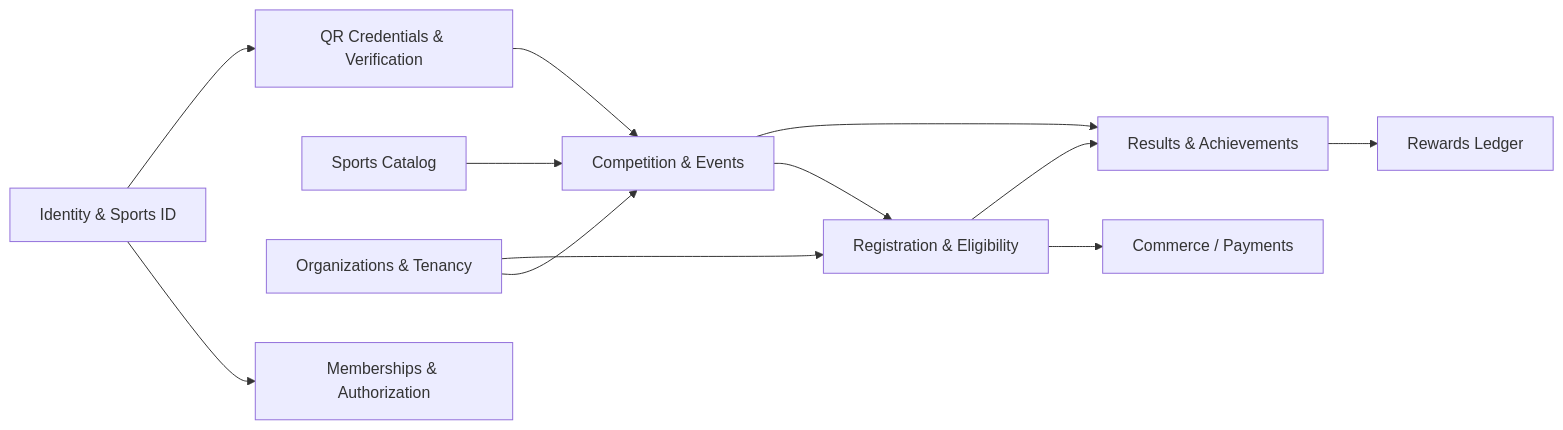
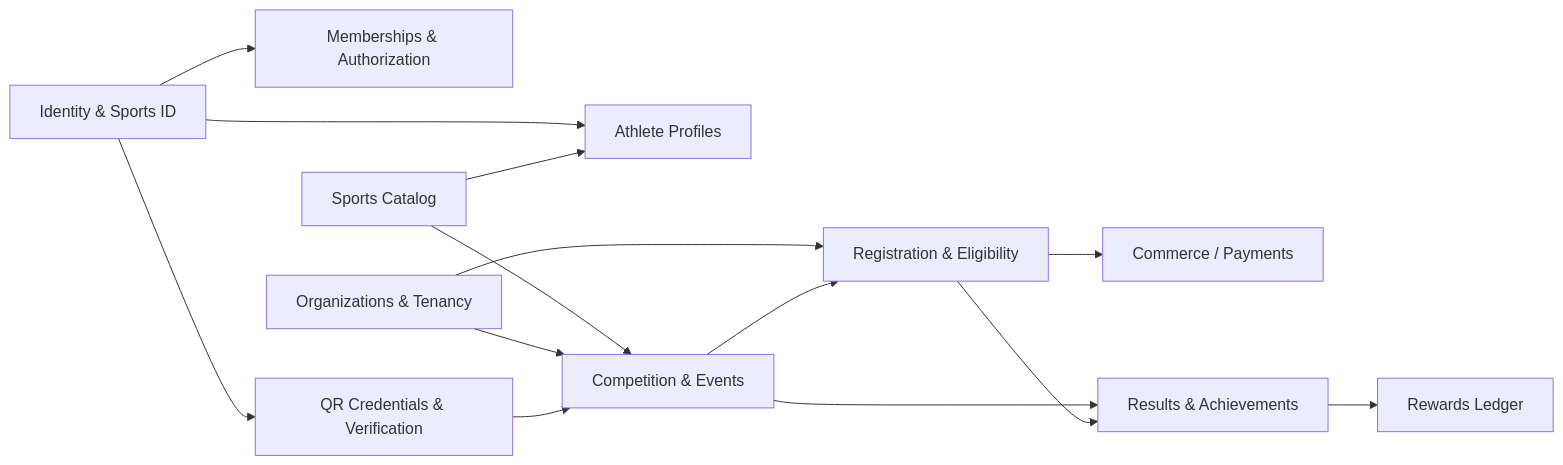
The diagram in docs/architecture/bounded-contexts.md (njaglobal/SportsOS), drawn with Mermaid before and after one commit. The commit also changed other lines of this file and 41 other files, not shown here.

````diff
--- a/docs/architecture/bounded-contexts.md
+++ b/docs/architecture/bounded-contexts.md
@@ -13,25 +13,28 @@
 ```mermaid
 flowchart LR
   Identity["Identity & Sports ID"]
+  Athlete["Athlete Profiles"]
   Auth["Memberships & Authorization"]
   Sports["Sports Catalog"]
   Orgs["Organizations & Tenancy"]
   Competition["Competition & Events"]
   Registration["Registration & Eligibility"]
   Commerce["Commerce / Payments"]
   Results["Results & Achievements"]
   Rewards["Rewards Ledger"]
   Credentials["QR Credentials & Verification"]
 
   Identity --> Auth
+  Identity --> Athlete
+  Sports --> Athlete
   Sports --> Competition
   Orgs --> Competition
   Orgs --> Registration
   Competition --> Registration
   Registration --> Commerce
   Competition --> Results
   Registration --> Results
   Results --> Rewards
   Identity --> Credentials
   Credentials --> Competition
 ```
````
